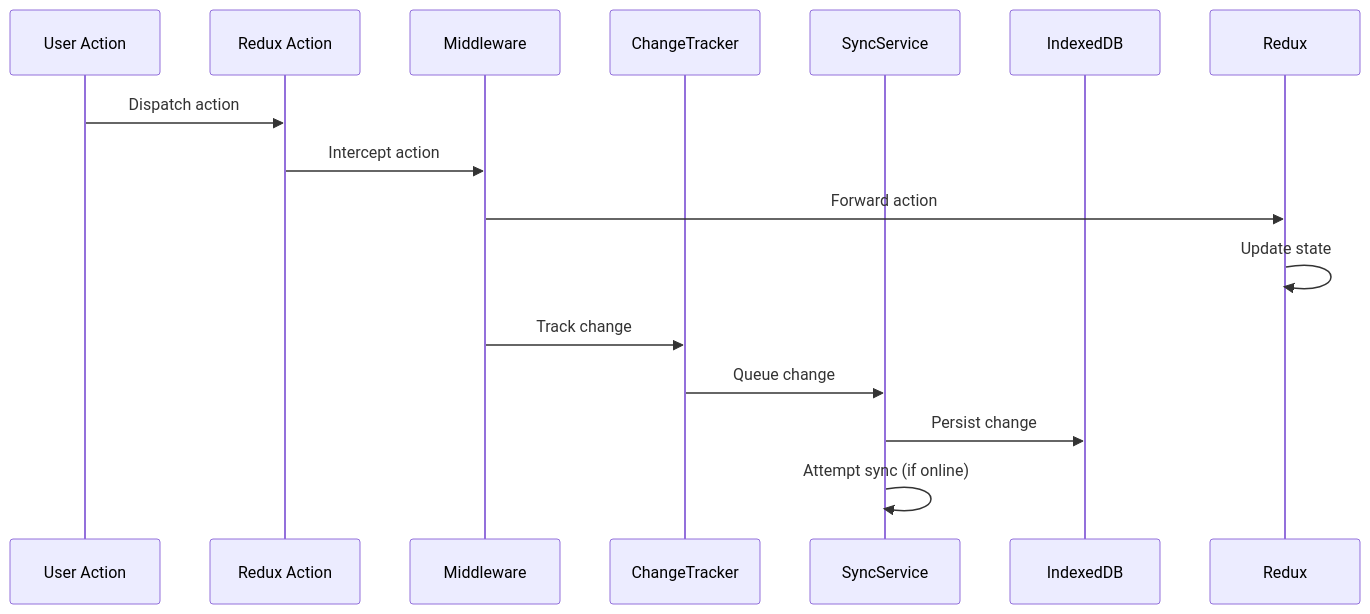
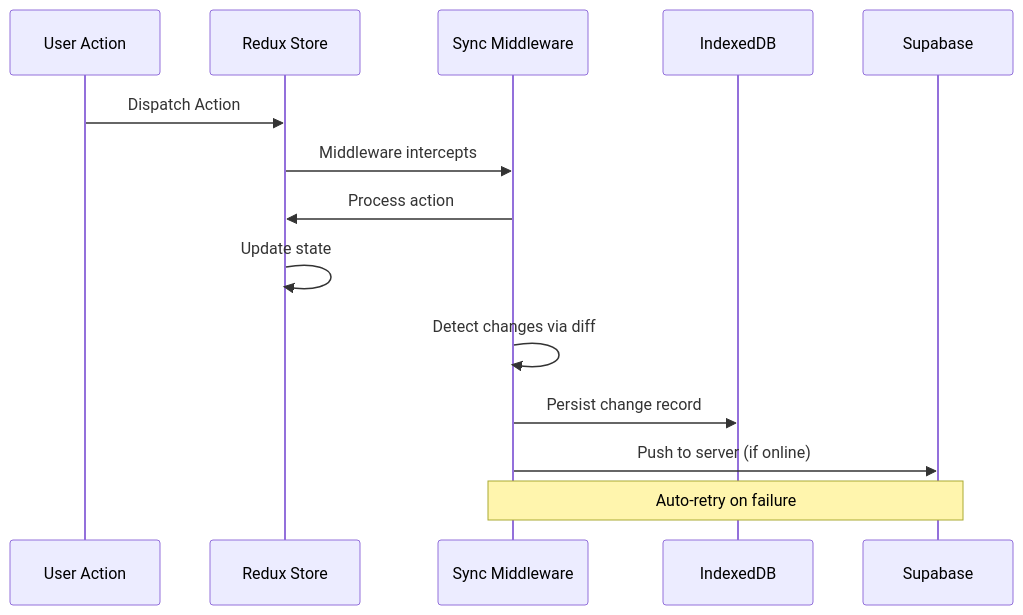
One commit to AgentEnder/packing-list changed the second of 3 diagrams in docs/sync-architecture.md. Above: the diagram before and after it, drawn with Mermaid. The commit also changed other lines of this file and 1 other file, not shown here.

First line of the commit message:
docs: update sync architecture documentation to reflect current implementation

````diff
--- a/docs/sync-architecture.md
+++ b/docs/sync-architecture.md
@@ -67,18 +72,17 @@
 ```mermaid
 sequenceDiagram
     participant U as User Action
-    participant R as Redux Action
-    participant M as Middleware
-    participant CT as ChangeTracker
-    participant SS as SyncService
+    participant R as Redux Store
+    participant M as Sync Middleware
     participant IDB as IndexedDB
+    participant SB as Supabase
 
-    U->>R: Dispatch action
-    R->>M: Intercept action
-    M->>Redux: Forward action
-    Redux->>Redux: Update state
-    M->>CT: Track change
-    CT->>SS: Queue change
-    SS->>IDB: Persist change
-    SS->>SS: Attempt sync (if online)
+    U->>R: Dispatch Action
+    R->>M: Middleware intercepts
+    M->>R: Process action
+    R->>R: Update state
+    M->>M: Detect changes via diff
+    M->>IDB: Persist change record
+    M->>SB: Push to server (if online)
+    Note over M,SB: Auto-retry on failure
 ```
````
